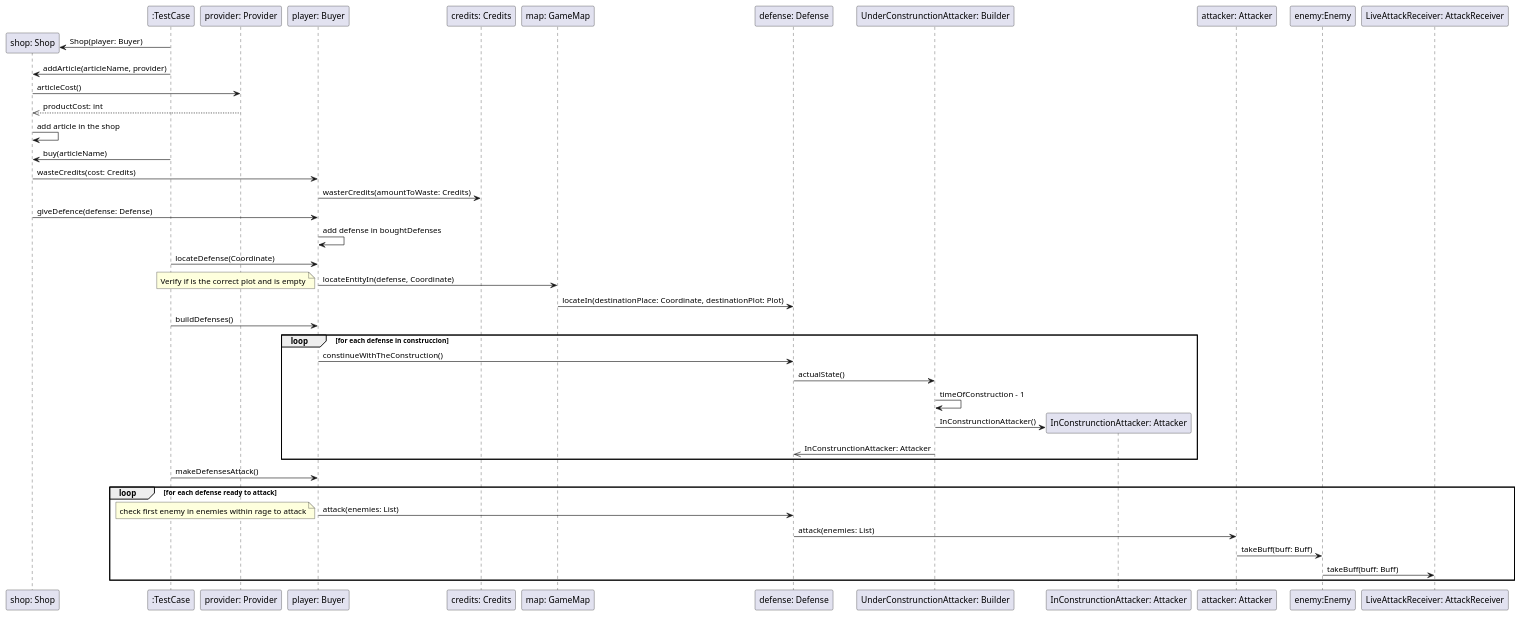
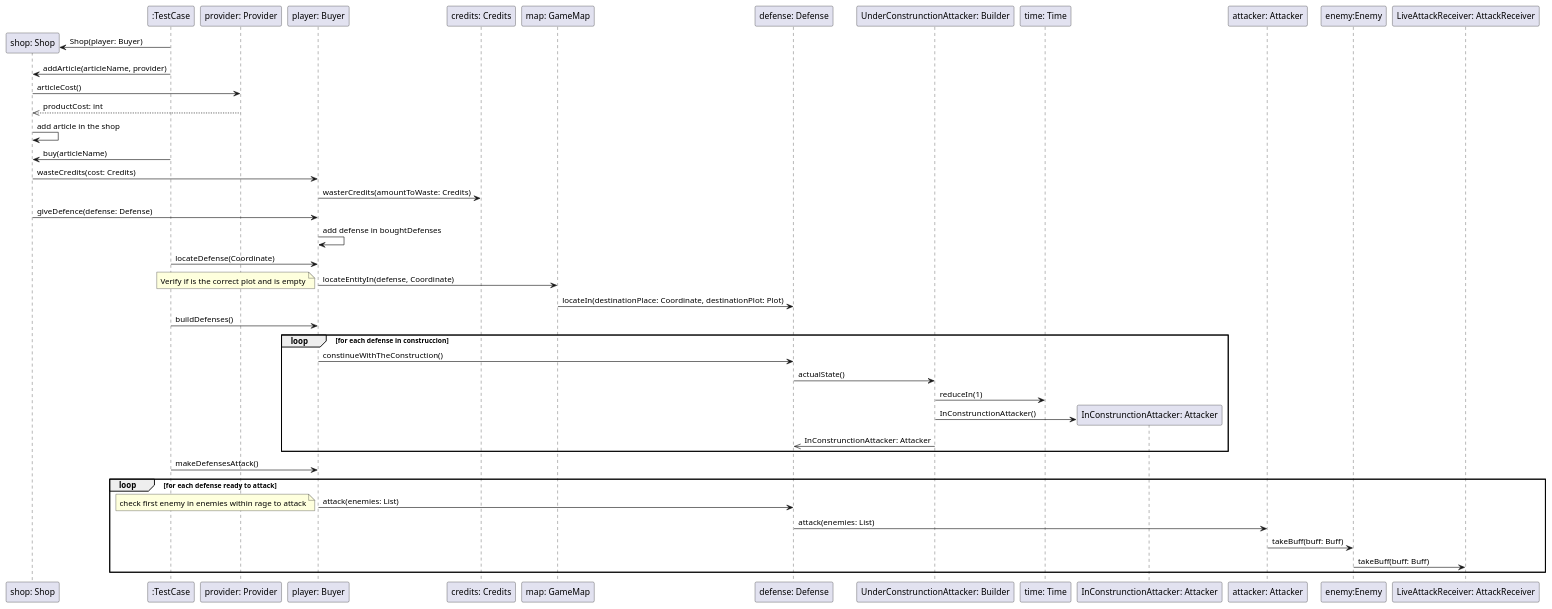
One commit to MiguelMetz1/algo3_tp2 changed the diagram in diagrams/UMLSequence/BuyBuildAndMakeDefenseAttackSequence.puml. Above: the diagram before and after it, drawn with PlantUML. The commit also changed 1 other file, not shown here.

Commit message:
#1 refactor on diagram class according to new model code

```diff
--- a/diagrams/UMLSequence/BuyBuildAndMakeDefenseAttackSequence.puml
+++ b/diagrams/UMLSequence/BuyBuildAndMakeDefenseAttackSequence.puml
@@ -1,47 +1,47 @@
 @startuml
 'https://plantuml.com/sequence-diagram
 
 create "shop: Shop"
 ":TestCase" -> "shop: Shop": Shop(player: Buyer)
 ":TestCase" -> "shop: Shop": addArticle(articleName, provider)
 "shop: Shop" -> "provider: Provider": articleCost()
 "shop: Shop" <<-- "provider: Provider": productCost: int
 "shop: Shop" -> "shop: Shop": add article in the shop
 ":TestCase" -> "shop: Shop": buy(articleName)
 "shop: Shop" -> "player: Buyer": wasteCredits(cost: Credits)
 "player: Buyer" -> "credits: Credits": wasterCredits(amountToWaste: Credits)
 "shop: Shop" -> "player: Buyer": giveDefence(defense: Defense)
 "player: Buyer" -> "player: Buyer": add defense in boughtDefenses
 
 ":TestCase" -> "player: Buyer": locateDefense(Coordinate)
 "player: Buyer" -> "map: GameMap": locateEntityIn(defense, Coordinate)
 note left: Verify if is the correct plot and is empty
 "map: GameMap" -> "defense: Defense": locateIn(destinationPlace: Coordinate, destinationPlot: Plot)
 ":TestCase" -> "player: Buyer": buildDefenses()
 
 Loop for each defense in construccion
 
 "player: Buyer" -> "defense: Defense": constinueWithTheConstruction()
 "defense: Defense" -> "UnderConstrunctionAttacker: Builder": actualState()
-"UnderConstrunctionAttacker: Builder" -> "UnderConstrunctionAttacker: Builder": timeOfConstruction - 1
+"UnderConstrunctionAttacker: Builder" -> "time: Time": reduceIn(1)
 create "InConstrunctionAttacker: Attacker"
 "UnderConstrunctionAttacker: Builder" -> "InConstrunctionAttacker: Attacker": InConstrunctionAttacker()
 "defense: Defense" <<- "UnderConstrunctionAttacker: Builder": InConstrunctionAttacker: Attacker
 
 end
 
 ":TestCase" -> "player: Buyer": makeDefensesAttack()
 
 Loop for each defense ready to attack
 "player: Buyer" -> "defense: Defense": attack(enemies: List)
 
 note left: check first enemy in enemies within rage to attack
 "defense: Defense" -> "attacker: Attacker": attack(enemies: List)
 "attacker: Attacker" -> "enemy:Enemy": takeBuff(buff: Buff)
 "enemy:Enemy" -> "LiveAttackReceiver: AttackReceiver": takeBuff(buff: Buff)
 
 
 end
 
 
 @enduml
```
